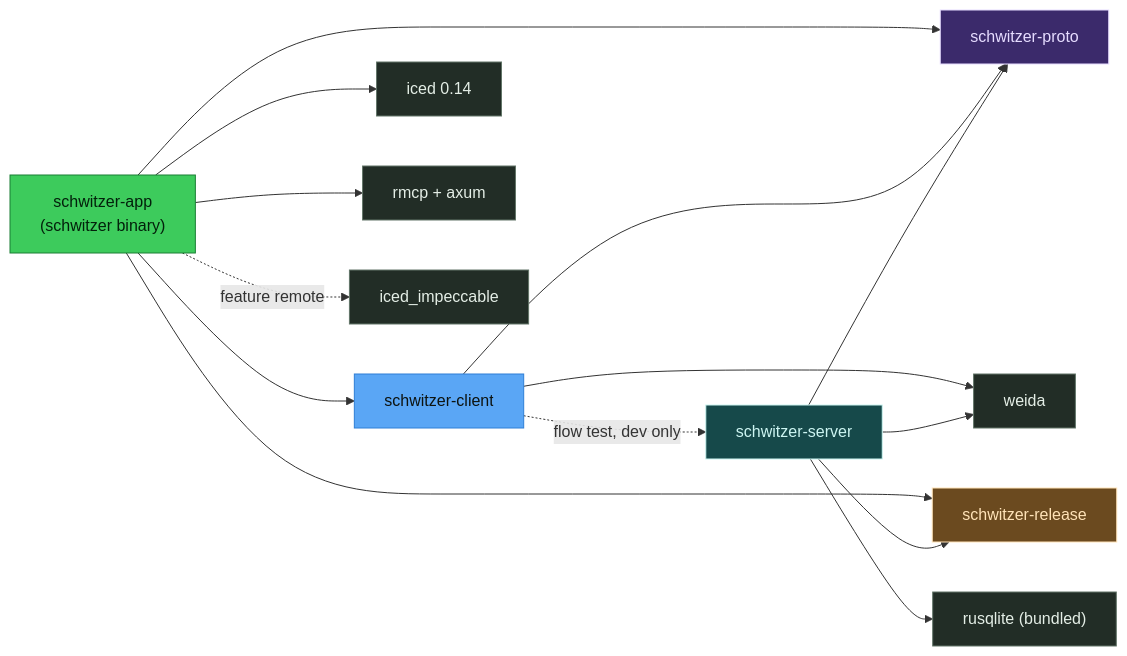
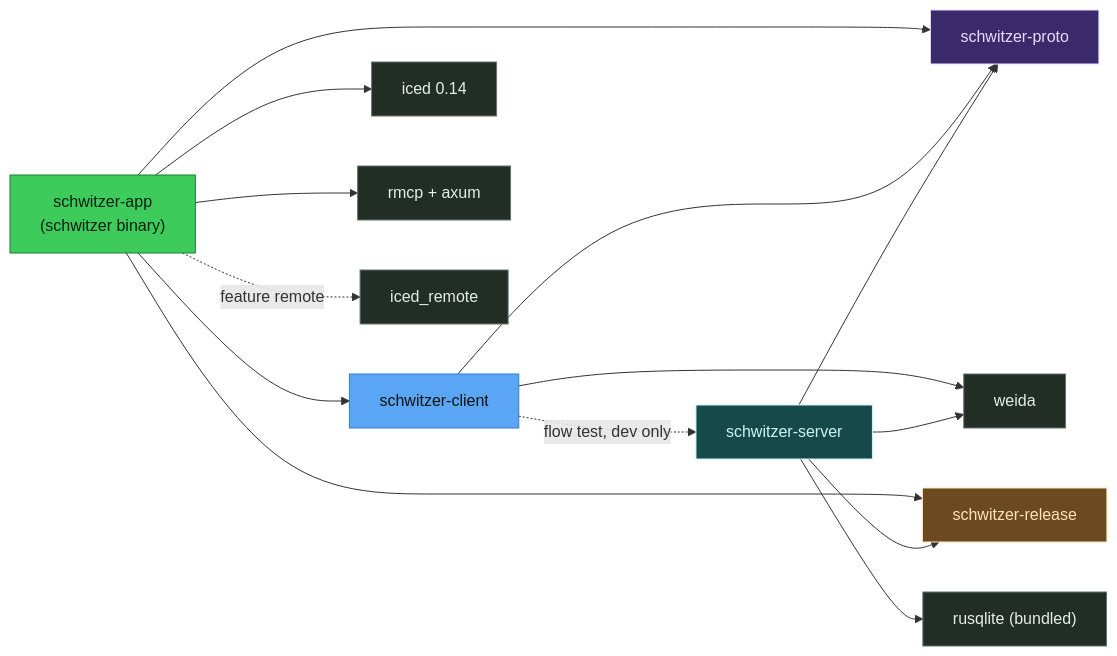
The first of 8 diagrams in docs/ARCHITECTURE.md (griasdi/schwitzer), drawn with Mermaid before and after one commit. The commit also changed other lines of this file and 22 other files, not shown here.

Commit message:
Move the headless remote control to iced_remote 0.4.0

````diff
--- a/docs/ARCHITECTURE.md
+++ b/docs/ARCHITECTURE.md
@@ -56,32 +56,32 @@
 ```mermaid
 flowchart LR
   classDef app fill:#3dcb5c,stroke:#1a7f35,color:#03200b
   classDef client fill:#5aa6f5,stroke:#2f7fd6,color:#0d1310
   classDef proto fill:#3b2a6b,stroke:#e6dcff,color:#e6dcff
   classDef server fill:#16494a,stroke:#cdf5f2,color:#cdf5f2
   classDef release fill:#6b4a1f,stroke:#ffe3b8,color:#ffe3b8
   classDef ext fill:#222d26,stroke:#627568,color:#e4eee6
   app["schwitzer-app<br/>(schwitzer binary)"]:::app
   client["schwitzer-client"]:::client
   proto["schwitzer-proto"]:::proto
   server["schwitzer-server"]:::server
   release["schwitzer-release"]:::release
   weida["weida"]:::ext
   iced["iced 0.14"]:::ext
   mcp["rmcp + axum"]:::ext
   sqlite["rusqlite (bundled)"]:::ext
-  impeccable["iced_impeccable"]:::ext
+  remote["iced_remote"]:::ext
   app --> client
   app --> proto
   app --> release
   app --> iced
   app --> mcp
-  app -.->|feature remote| impeccable
+  app -.->|feature remote| remote
   client --> proto
   client --> weida
   server --> proto
   server --> release
   server --> weida
   server --> sqlite
   client -.->|flow test, dev only| server
 ```
````
